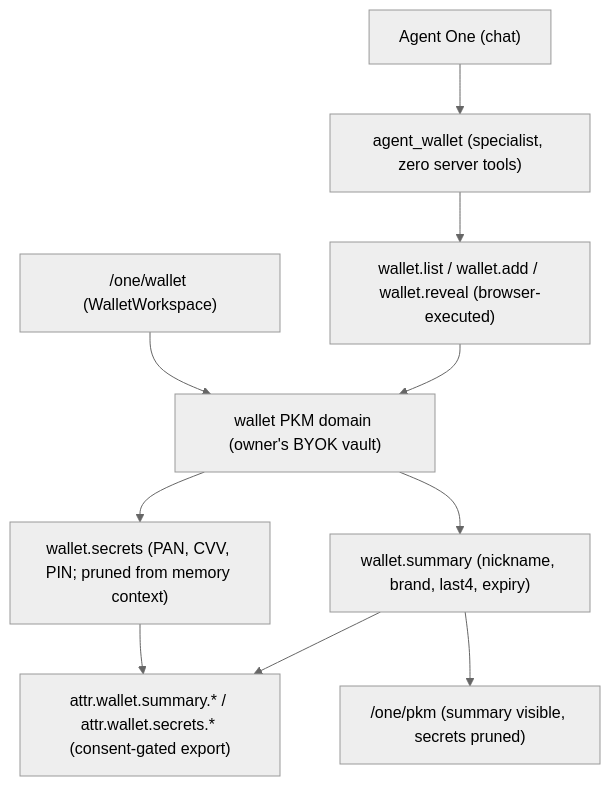
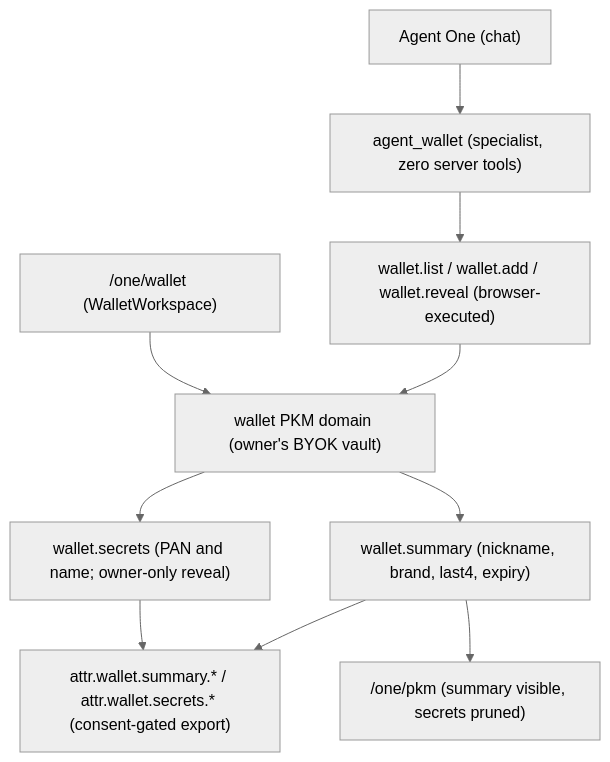
One commit to hushh-labs/hushh-research changed the diagram in docs/reference/one/wallet.md. Above: the diagram before and after it, drawn with Mermaid (neutral theme). The commit also changed other lines of this file and 78 other files, not shown here.

````diff
--- a/docs/reference/one/wallet.md
+++ b/docs/reference/one/wallet.md
@@ -15,22 +15,22 @@
 ```mermaid
 flowchart TD
   one["Agent One (chat)"]
   wallet["agent_wallet (specialist, zero server tools)"]
   actions["wallet.list / wallet.add / wallet.reveal (browser-executed)"]
   route["/one/wallet (WalletWorkspace)"]
   vault["wallet PKM domain (owner's BYOK vault)"]
   summary["wallet.summary (nickname, brand, last4, expiry)"]
-  secrets["wallet.secrets (PAN, CVV, PIN; pruned from memory context)"]
+  secrets["wallet.secrets (PAN and name; owner-only reveal)"]
   scopes["attr.wallet.summary.* / attr.wallet.secrets.* (consent-gated export)"]
   memory["/one/pkm (summary visible, secrets pruned)"]
 
   one --> wallet
   wallet --> actions
   actions --> vault
   route --> vault
   vault --> summary
   vault --> secrets
   summary --> scopes
   secrets --> scopes
   summary --> memory
 ```
````
